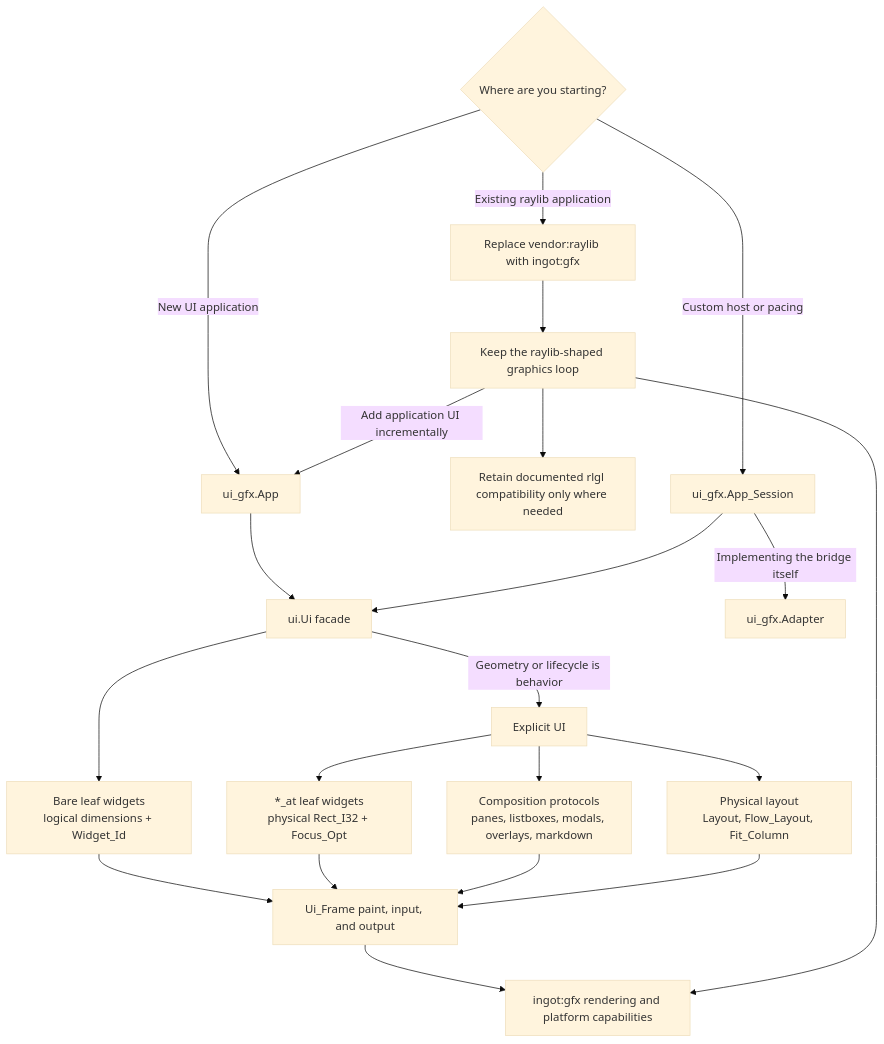
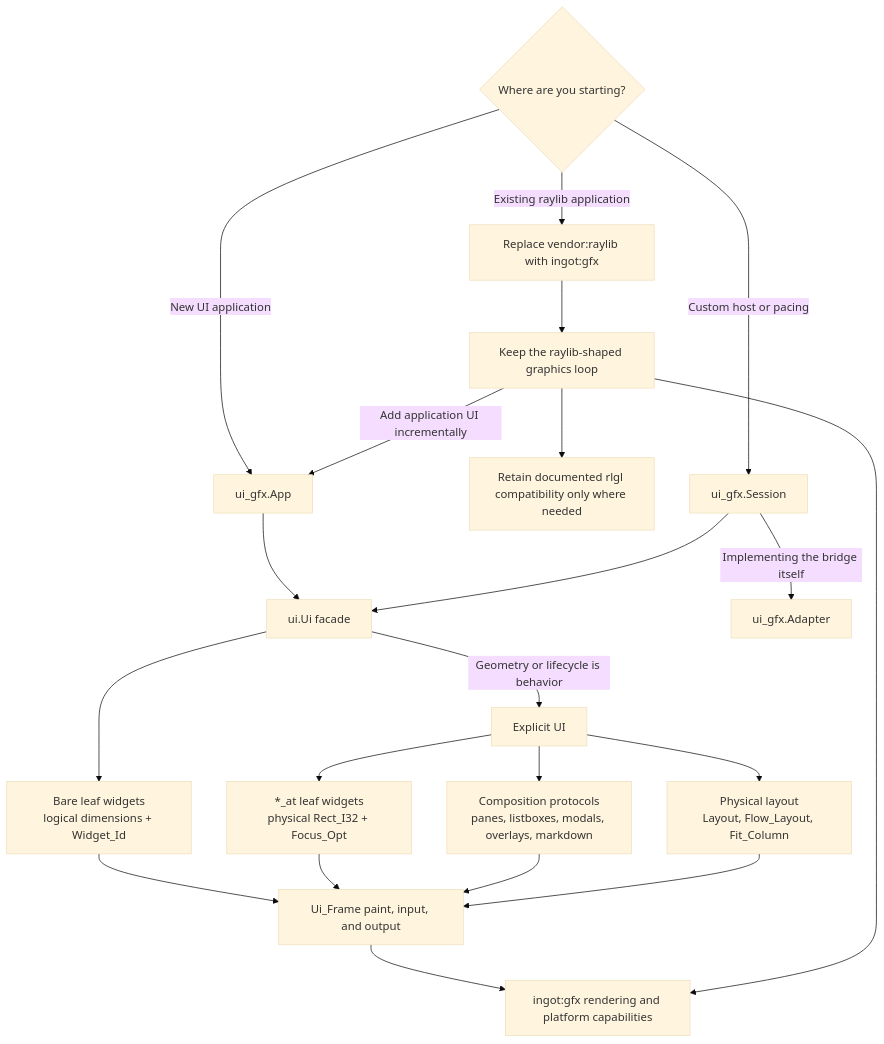
One commit to nic-vdwalt/ingot changed the diagram in docs/api-layers.md. Above: the diagram before and after it, drawn with Mermaid (base theme). The commit also changed other lines of this file and 6 other files, not shown here.

````diff
--- a/docs/api-layers.md
+++ b/docs/api-layers.md
@@ -15,28 +15,28 @@
 ```mermaid
 flowchart TD
     START{Where are you starting?}
 
     START -->|New UI application| APP[ui_gfx.App]
     APP --> UI[ui.Ui facade]
     UI --> LEAF[Bare leaf widgets\nlogical dimensions + Widget_Id]
     UI -->|Geometry or lifecycle is behavior| EXPLICIT[Explicit UI]
     EXPLICIT --> AT[*_at leaf widgets\nphysical Rect_I32 + Focus_Opt]
     EXPLICIT --> COMPOSE[Composition protocols\npanes, listboxes, modals, overlays, markdown]
     EXPLICIT --> LAYOUT[Physical layout\nLayout, Flow_Layout, Fit_Column]
 
     START -->|Existing raylib application| IMPORT[Replace vendor:raylib with ingot:gfx]
     IMPORT --> LOOP[Keep the raylib-shaped graphics loop]
     LOOP --> RLGL[Retain documented rlgl compatibility only where needed]
     LOOP -->|Add application UI incrementally| APP
 
-    START -->|Custom host or pacing| SESSION[ui_gfx.App_Session]
+    START -->|Custom host or pacing| SESSION[ui_gfx.Session]
     SESSION --> UI
     SESSION -->|Implementing the bridge itself| ADAPTER[ui_gfx.Adapter]
 
     LEAF --> FRAME[Ui_Frame paint, input, and output]
     AT --> FRAME
     COMPOSE --> FRAME
     LAYOUT --> FRAME
     FRAME --> GFX[ingot:gfx rendering and platform capabilities]
     LOOP --> GFX
 ```
````
